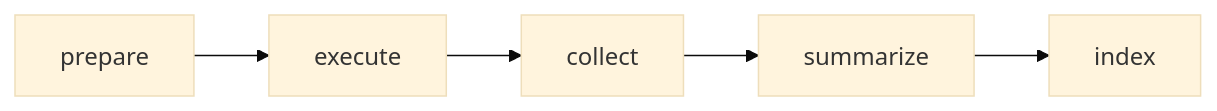
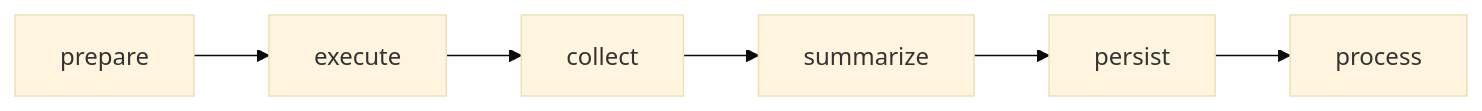
Before and after one commit to diaoenmao/RPipe: the second of 3 diagrams in docs/CONCEPT.md, drawn with Mermaid (base theme). The commit also changed other lines of this file and 43 other files, not shown here.

````diff
--- a/docs/CONCEPT.md
+++ b/docs/CONCEPT.md
@@ -252,7 +262,8 @@
 ```mermaid
 flowchart LR
   prepare --> execute
   execute --> collect
   collect --> summarize
-  summarize --> index
+  summarize --> persist
+  persist --> process
 ```
````
